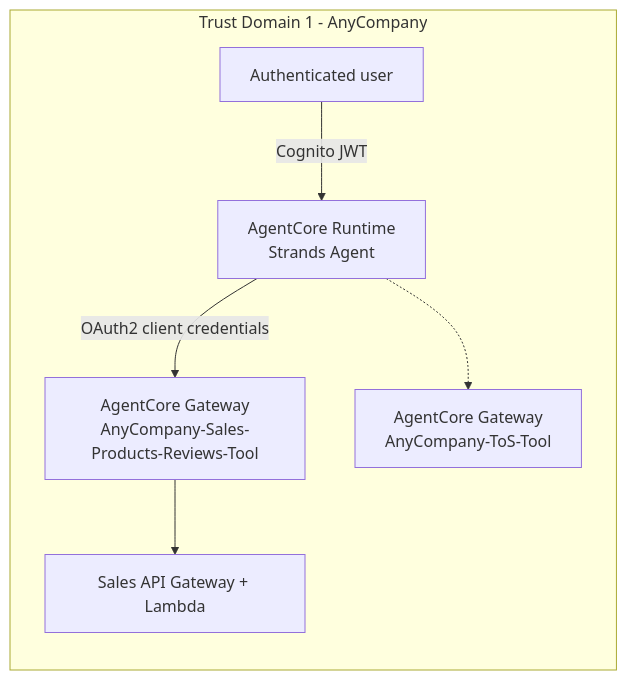
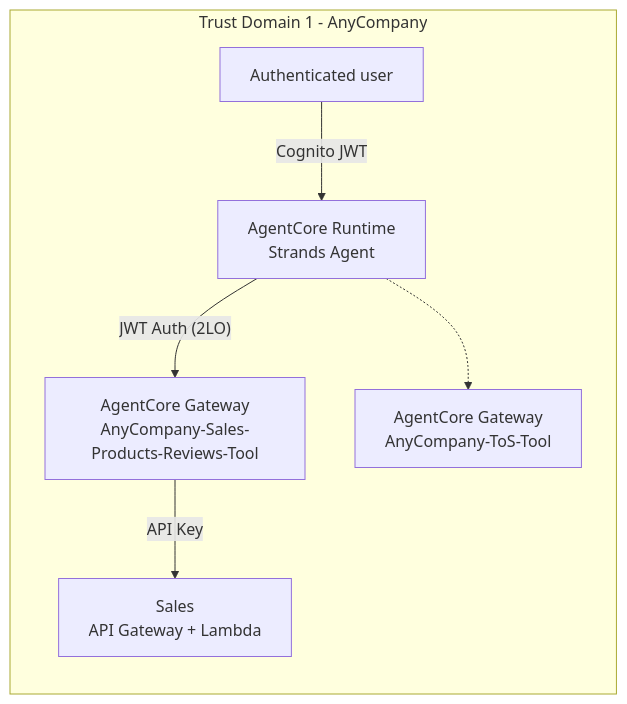
The diagram in docs/03a-activity3a-deploy-the-sales-tool.md (KartikJaswal1111/agent_identity_management_on_aws), drawn with Mermaid before and after one commit. The commit also changed other lines of this file and 24 other files, not shown here.

````diff
--- a/docs/03a-activity3a-deploy-the-sales-tool.md
+++ b/docs/03a-activity3a-deploy-the-sales-tool.md
@@ -7,10 +7,10 @@
 ```mermaid
 graph LR
     subgraph TD1["Trust Domain 1 - AnyCompany"]
         User["Authenticated user"] -->|Cognito JWT| Runtime["AgentCore Runtime<br/>Strands Agent"]
-        Runtime -->|OAuth2 client credentials| GW2["AgentCore Gateway<br/>AnyCompany-Sales-Products-Reviews-Tool"]
-        GW2 --> Sales["Sales API Gateway + Lambda"]
+        Runtime -->|"JWT Auth (2LO)"| GW2["AgentCore Gateway<br/>AnyCompany-Sales-Products-Reviews-Tool"]
+        GW2 -->|API Key| Sales["Sales<br/>API Gateway + Lambda"]
         GW1["AgentCore Gateway<br/>AnyCompany-ToS-Tool"]
         Runtime -.-> GW1
     end
 ```
````
